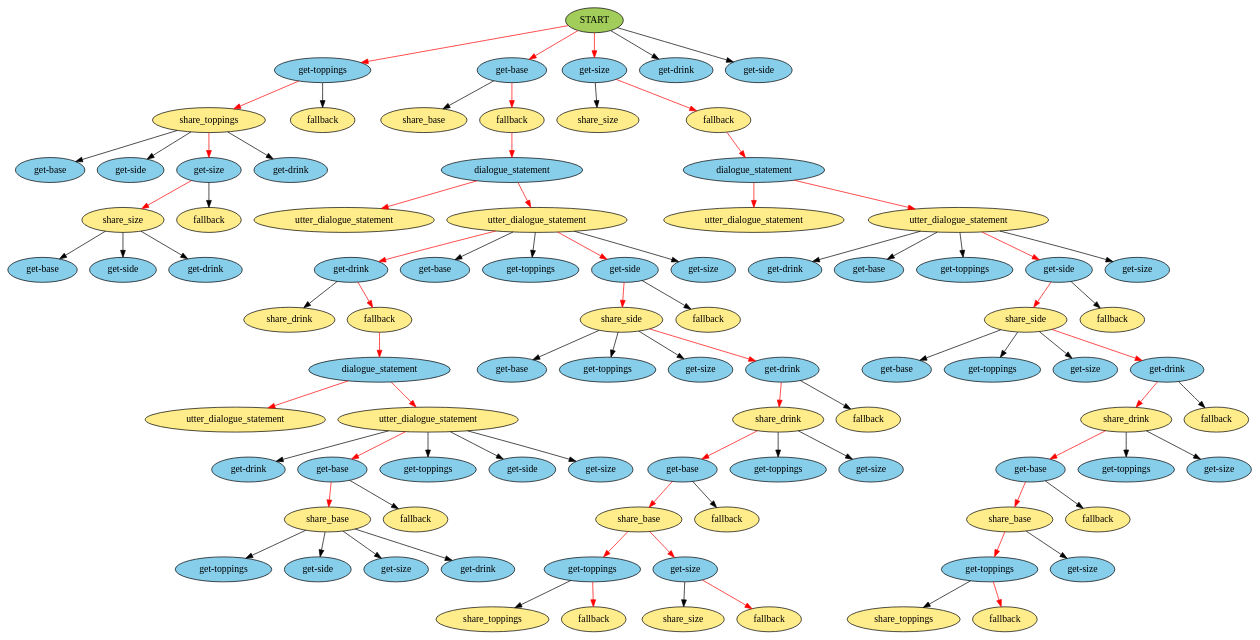
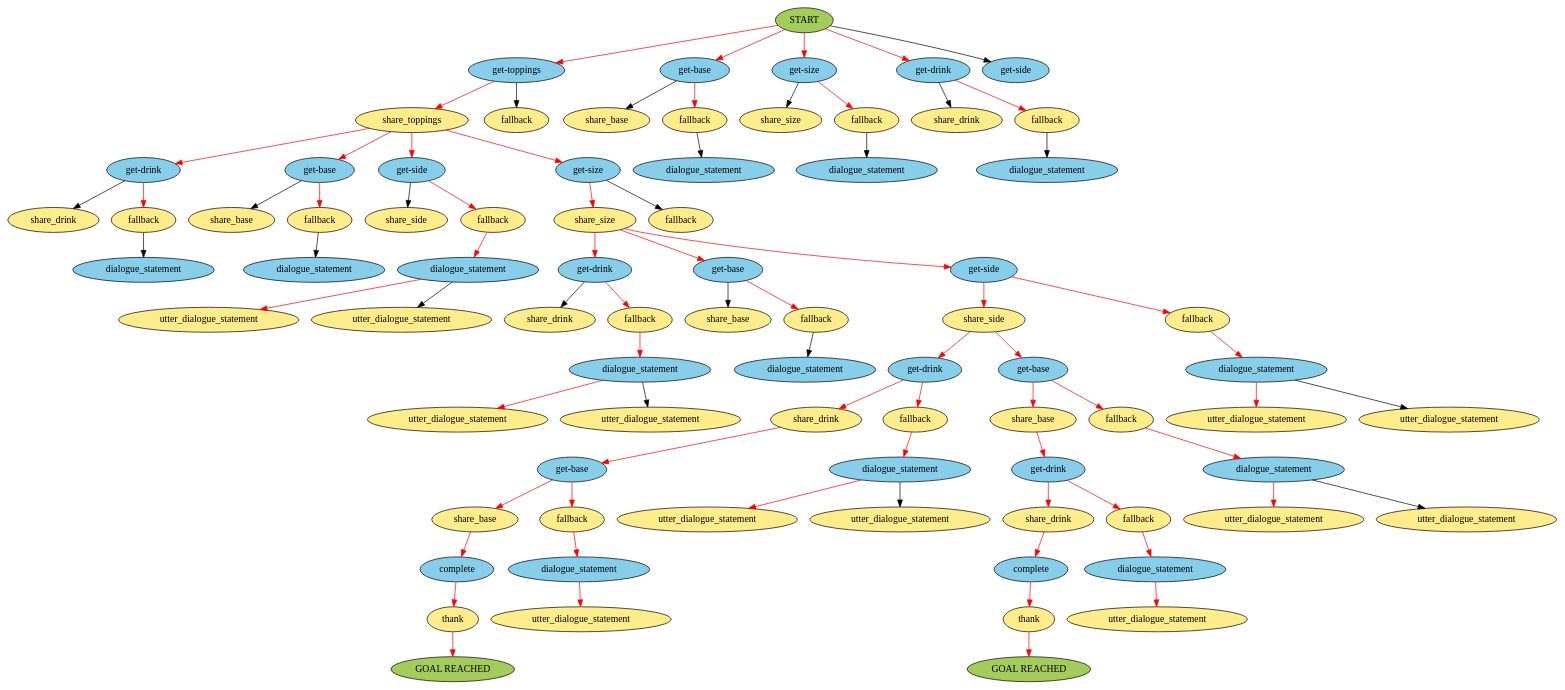
The diagram in beam_search.gv (IBM/contingent-plan-executor), drawn with Graphviz before and after one commit. The commit also changed 7 other files, not shown here.

```diff
--- a/beam_search.gv
+++ b/beam_search.gv
@@ -1,179 +1,157 @@
 digraph {
 	0 [label=START fillcolor=darkolivegreen3 style=filled]
 	1 [label="get-toppings" fillcolor=skyblue style=filled]
 	0 -> 1 [color=red]
 	2 [label="get-base" fillcolor=skyblue style=filled]
 	0 -> 2 [color=red]
 	3 [label="get-size" fillcolor=skyblue style=filled]
 	0 -> 3 [color=red]
 	4 [label="get-drink" fillcolor=skyblue style=filled]
-	0 -> 4 [color=black]
+	0 -> 4 [color=red]
 	5 [label="get-side" fillcolor=skyblue style=filled]
 	0 -> 5 [color=black]
 	6 [label=share_toppings fillcolor=lightgoldenrod1 style=filled]
 	1 -> 6 [color=red]
 	7 [label=fallback fillcolor=lightgoldenrod1 style=filled]
 	1 -> 7 [color=black]
 	8 [label=share_base fillcolor=lightgoldenrod1 style=filled]
 	2 -> 8 [color=black]
 	9 [label=fallback fillcolor=lightgoldenrod1 style=filled]
 	2 -> 9 [color=red]
 	10 [label=share_size fillcolor=lightgoldenrod1 style=filled]
 	3 -> 10 [color=black]
 	11 [label=fallback fillcolor=lightgoldenrod1 style=filled]
 	3 -> 11 [color=red]
-	12 [label="get-base" fillcolor=skyblue style=filled]
-	6 -> 12 [color=black]
-	13 [label="get-side" fillcolor=skyblue style=filled]
-	6 -> 13 [color=black]
-	14 [label="get-size" fillcolor=skyblue style=filled]
+	12 [label=share_drink fillcolor=lightgoldenrod1 style=filled]
+	4 -> 12 [color=black]
+	13 [label=fallback fillcolor=lightgoldenrod1 style=filled]
+	4 -> 13 [color=red]
+	14 [label="get-drink" fillcolor=skyblue style=filled]
 	6 -> 14 [color=red]
-	15 [label="get-drink" fillcolor=skyblue style=filled]
-	6 -> 15 [color=black]
-	16 [label=dialogue_statement fillcolor=skyblue style=filled]
-	9 -> 16 [color=red]
-	17 [label=dialogue_statement fillcolor=skyblue style=filled]
-	11 -> 17 [color=red]
-	18 [label=utter_dialogue_statement fillcolor=lightgoldenrod1 style=filled]
-	16 -> 18 [color=red]
-	19 [label=utter_dialogue_statement fillcolor=lightgoldenrod1 style=filled]
-	17 -> 19 [color=red]
-	20 [label=utter_dialogue_statement fillcolor=lightgoldenrod1 style=filled]
-	16 -> 20 [color=red]
-	21 [label=utter_dialogue_statement fillcolor=lightgoldenrod1 style=filled]
+	15 [label="get-base" fillcolor=skyblue style=filled]
+	6 -> 15 [color=red]
+	16 [label="get-side" fillcolor=skyblue style=filled]
+	6 -> 16 [color=red]
+	17 [label="get-size" fillcolor=skyblue style=filled]
+	6 -> 17 [color=red]
+	18 [label=dialogue_statement fillcolor=skyblue style=filled]
+	9 -> 18 [color=black]
+	19 [label=dialogue_statement fillcolor=skyblue style=filled]
+	11 -> 19 [color=black]
+	20 [label=dialogue_statement fillcolor=skyblue style=filled]
+	13 -> 20 [color=black]
+	21 [label=share_size fillcolor=lightgoldenrod1 style=filled]
 	17 -> 21 [color=red]
-	22 [label=share_size fillcolor=lightgoldenrod1 style=filled]
-	14 -> 22 [color=red]
-	23 [label=fallback fillcolor=lightgoldenrod1 style=filled]
-	14 -> 23 [color=black]
-	24 [label="get-drink" fillcolor=skyblue style=filled]
-	20 -> 24 [color=red]
-	25 [label="get-base" fillcolor=skyblue style=filled]
-	20 -> 25 [color=black]
-	26 [label="get-toppings" fillcolor=skyblue style=filled]
-	20 -> 26 [color=black]
-	27 [label="get-side" fillcolor=skyblue style=filled]
-	20 -> 27 [color=red]
-	28 [label="get-size" fillcolor=skyblue style=filled]
-	20 -> 28 [color=black]
+	22 [label=fallback fillcolor=lightgoldenrod1 style=filled]
+	17 -> 22 [color=black]
+	23 [label=share_side fillcolor=lightgoldenrod1 style=filled]
+	16 -> 23 [color=black]
+	24 [label=fallback fillcolor=lightgoldenrod1 style=filled]
+	16 -> 24 [color=red]
+	25 [label=share_drink fillcolor=lightgoldenrod1 style=filled]
+	14 -> 25 [color=black]
+	26 [label=fallback fillcolor=lightgoldenrod1 style=filled]
+	14 -> 26 [color=red]
+	27 [label=share_base fillcolor=lightgoldenrod1 style=filled]
+	15 -> 27 [color=black]
+	28 [label=fallback fillcolor=lightgoldenrod1 style=filled]
+	15 -> 28 [color=red]
 	29 [label="get-drink" fillcolor=skyblue style=filled]
-	21 -> 29 [color=black]
+	21 -> 29 [color=red]
 	30 [label="get-base" fillcolor=skyblue style=filled]
-	21 -> 30 [color=black]
-	31 [label="get-toppings" fillcolor=skyblue style=filled]
-	21 -> 31 [color=black]
-	32 [label="get-side" fillcolor=skyblue style=filled]
-	21 -> 32 [color=red]
-	33 [label="get-size" fillcolor=skyblue style=filled]
-	21 -> 33 [color=black]
-	34 [label="get-base" fillcolor=skyblue style=filled]
-	22 -> 34 [color=black]
-	35 [label="get-side" fillcolor=skyblue style=filled]
-	22 -> 35 [color=black]
-	36 [label="get-drink" fillcolor=skyblue style=filled]
-	22 -> 36 [color=black]
-	37 [label=share_side fillcolor=lightgoldenrod1 style=filled]
-	27 -> 37 [color=red]
-	38 [label=fallback fillcolor=lightgoldenrod1 style=filled]
-	27 -> 38 [color=black]
-	39 [label=share_side fillcolor=lightgoldenrod1 style=filled]
-	32 -> 39 [color=red]
-	40 [label=fallback fillcolor=lightgoldenrod1 style=filled]
-	32 -> 40 [color=black]
-	41 [label=share_drink fillcolor=lightgoldenrod1 style=filled]
-	24 -> 41 [color=black]
-	42 [label=fallback fillcolor=lightgoldenrod1 style=filled]
-	24 -> 42 [color=red]
-	43 [label="get-base" fillcolor=skyblue style=filled]
-	37 -> 43 [color=black]
-	44 [label="get-toppings" fillcolor=skyblue style=filled]
-	37 -> 44 [color=black]
-	45 [label="get-size" fillcolor=skyblue style=filled]
-	37 -> 45 [color=black]
-	46 [label="get-drink" fillcolor=skyblue style=filled]
+	21 -> 30 [color=red]
+	31 [label="get-side" fillcolor=skyblue style=filled]
+	21 -> 31 [color=red]
+	32 [label=dialogue_statement fillcolor=skyblue style=filled]
+	24 -> 32 [color=red]
+	33 [label=dialogue_statement fillcolor=skyblue style=filled]
+	26 -> 33 [color=black]
+	34 [label=dialogue_statement fillcolor=skyblue style=filled]
+	28 -> 34 [color=black]
+	35 [label=utter_dialogue_statement fillcolor=lightgoldenrod1 style=filled]
+	32 -> 35 [color=red]
+	36 [label=share_side fillcolor=lightgoldenrod1 style=filled]
+	31 -> 36 [color=red]
+	37 [label=fallback fillcolor=lightgoldenrod1 style=filled]
+	31 -> 37 [color=red]
+	38 [label=share_drink fillcolor=lightgoldenrod1 style=filled]
+	29 -> 38 [color=black]
+	39 [label=fallback fillcolor=lightgoldenrod1 style=filled]
+	29 -> 39 [color=red]
+	40 [label=share_base fillcolor=lightgoldenrod1 style=filled]
+	30 -> 40 [color=black]
+	41 [label=fallback fillcolor=lightgoldenrod1 style=filled]
+	30 -> 41 [color=red]
+	42 [label=utter_dialogue_statement fillcolor=lightgoldenrod1 style=filled]
+	32 -> 42 [color=black]
+	43 [label="get-drink" fillcolor=skyblue style=filled]
+	36 -> 43 [color=red]
+	44 [label="get-base" fillcolor=skyblue style=filled]
+	36 -> 44 [color=red]
+	45 [label=dialogue_statement fillcolor=skyblue style=filled]
+	39 -> 45 [color=red]
+	46 [label=dialogue_statement fillcolor=skyblue style=filled]
 	37 -> 46 [color=red]
-	47 [label="get-base" fillcolor=skyblue style=filled]
-	39 -> 47 [color=black]
-	48 [label="get-toppings" fillcolor=skyblue style=filled]
-	39 -> 48 [color=black]
-	49 [label="get-size" fillcolor=skyblue style=filled]
-	39 -> 49 [color=black]
-	50 [label="get-drink" fillcolor=skyblue style=filled]
-	39 -> 50 [color=red]
-	51 [label=dialogue_statement fillcolor=skyblue style=filled]
-	42 -> 51 [color=red]
-	52 [label=utter_dialogue_statement fillcolor=lightgoldenrod1 style=filled]
-	51 -> 52 [color=red]
-	53 [label=utter_dialogue_statement fillcolor=lightgoldenrod1 style=filled]
-	51 -> 53 [color=red]
-	54 [label=share_drink fillcolor=lightgoldenrod1 style=filled]
-	46 -> 54 [color=red]
-	55 [label=fallback fillcolor=lightgoldenrod1 style=filled]
+	47 [label=dialogue_statement fillcolor=skyblue style=filled]
+	41 -> 47 [color=black]
+	48 [label=utter_dialogue_statement fillcolor=lightgoldenrod1 style=filled]
+	45 -> 48 [color=red]
+	49 [label=utter_dialogue_statement fillcolor=lightgoldenrod1 style=filled]
+	46 -> 49 [color=red]
+	50 [label=share_drink fillcolor=lightgoldenrod1 style=filled]
+	43 -> 50 [color=red]
+	51 [label=fallback fillcolor=lightgoldenrod1 style=filled]
+	43 -> 51 [color=red]
+	52 [label=share_base fillcolor=lightgoldenrod1 style=filled]
+	44 -> 52 [color=red]
+	53 [label=fallback fillcolor=lightgoldenrod1 style=filled]
+	44 -> 53 [color=red]
+	54 [label=utter_dialogue_statement fillcolor=lightgoldenrod1 style=filled]
+	45 -> 54 [color=black]
+	55 [label=utter_dialogue_statement fillcolor=lightgoldenrod1 style=filled]
 	46 -> 55 [color=black]
-	56 [label=share_drink fillcolor=lightgoldenrod1 style=filled]
+	56 [label="get-base" fillcolor=skyblue style=filled]
 	50 -> 56 [color=red]
-	57 [label=fallback fillcolor=lightgoldenrod1 style=filled]
-	50 -> 57 [color=black]
-	58 [label="get-drink" fillcolor=skyblue style=filled]
-	53 -> 58 [color=black]
-	59 [label="get-base" fillcolor=skyblue style=filled]
-	53 -> 59 [color=red]
-	60 [label="get-toppings" fillcolor=skyblue style=filled]
-	53 -> 60 [color=black]
-	61 [label="get-side" fillcolor=skyblue style=filled]
-	53 -> 61 [color=black]
-	62 [label="get-size" fillcolor=skyblue style=filled]
-	53 -> 62 [color=black]
-	63 [label="get-base" fillcolor=skyblue style=filled]
-	54 -> 63 [color=red]
-	64 [label="get-toppings" fillcolor=skyblue style=filled]
-	54 -> 64 [color=black]
-	65 [label="get-size" fillcolor=skyblue style=filled]
-	54 -> 65 [color=black]
-	66 [label="get-base" fillcolor=skyblue style=filled]
-	56 -> 66 [color=red]
-	67 [label="get-toppings" fillcolor=skyblue style=filled]
-	56 -> 67 [color=black]
-	68 [label="get-size" fillcolor=skyblue style=filled]
-	56 -> 68 [color=black]
-	69 [label=share_base fillcolor=lightgoldenrod1 style=filled]
-	59 -> 69 [color=red]
-	70 [label=fallback fillcolor=lightgoldenrod1 style=filled]
-	59 -> 70 [color=black]
-	71 [label=share_base fillcolor=lightgoldenrod1 style=filled]
-	63 -> 71 [color=red]
-	72 [label=fallback fillcolor=lightgoldenrod1 style=filled]
-	63 -> 72 [color=black]
-	73 [label=share_base fillcolor=lightgoldenrod1 style=filled]
-	66 -> 73 [color=red]
-	74 [label=fallback fillcolor=lightgoldenrod1 style=filled]
-	66 -> 74 [color=black]
-	75 [label="get-toppings" fillcolor=skyblue style=filled]
-	69 -> 75 [color=black]
-	76 [label="get-side" fillcolor=skyblue style=filled]
-	69 -> 76 [color=black]
-	77 [label="get-size" fillcolor=skyblue style=filled]
-	69 -> 77 [color=black]
-	78 [label="get-drink" fillcolor=skyblue style=filled]
-	69 -> 78 [color=black]
-	79 [label="get-toppings" fillcolor=skyblue style=filled]
-	71 -> 79 [color=red]
-	80 [label="get-size" fillcolor=skyblue style=filled]
-	71 -> 80 [color=red]
-	81 [label="get-toppings" fillcolor=skyblue style=filled]
-	73 -> 81 [color=red]
-	82 [label="get-size" fillcolor=skyblue style=filled]
-	73 -> 82 [color=black]
-	83 [label=share_toppings fillcolor=lightgoldenrod1 style=filled]
-	79 -> 83 [color=black]
-	84 [label=fallback fillcolor=lightgoldenrod1 style=filled]
-	79 -> 84 [color=red]
-	85 [label=share_size fillcolor=lightgoldenrod1 style=filled]
-	80 -> 85 [color=black]
-	86 [label=fallback fillcolor=lightgoldenrod1 style=filled]
-	80 -> 86 [color=red]
-	87 [label=share_toppings fillcolor=lightgoldenrod1 style=filled]
-	81 -> 87 [color=black]
-	88 [label=fallback fillcolor=lightgoldenrod1 style=filled]
-	81 -> 88 [color=red]
+	57 [label=dialogue_statement fillcolor=skyblue style=filled]
+	53 -> 57 [color=red]
+	58 [label=dialogue_statement fillcolor=skyblue style=filled]
+	51 -> 58 [color=red]
+	59 [label="get-drink" fillcolor=skyblue style=filled]
+	52 -> 59 [color=red]
+	60 [label=utter_dialogue_statement fillcolor=lightgoldenrod1 style=filled]
+	57 -> 60 [color=red]
+	61 [label=utter_dialogue_statement fillcolor=lightgoldenrod1 style=filled]
+	58 -> 61 [color=red]
+	62 [label=share_base fillcolor=lightgoldenrod1 style=filled]
+	56 -> 62 [color=red]
+	63 [label=fallback fillcolor=lightgoldenrod1 style=filled]
+	56 -> 63 [color=red]
+	64 [label=share_drink fillcolor=lightgoldenrod1 style=filled]
+	59 -> 64 [color=red]
+	65 [label=fallback fillcolor=lightgoldenrod1 style=filled]
+	59 -> 65 [color=red]
+	66 [label=utter_dialogue_statement fillcolor=lightgoldenrod1 style=filled]
+	57 -> 66 [color=black]
+	67 [label=utter_dialogue_statement fillcolor=lightgoldenrod1 style=filled]
+	58 -> 67 [color=black]
+	68 [label=complete fillcolor=skyblue style=filled]
+	62 -> 68 [color=red]
+	69 [label=dialogue_statement fillcolor=skyblue style=filled]
+	63 -> 69 [color=red]
+	70 [label=dialogue_statement fillcolor=skyblue style=filled]
+	65 -> 70 [color=red]
+	71 [label=complete fillcolor=skyblue style=filled]
+	64 -> 71 [color=red]
+	72 [label=thank fillcolor=lightgoldenrod1 style=filled]
+	68 -> 72 [color=red]
+	73 [label=thank fillcolor=lightgoldenrod1 style=filled]
+	71 -> 73 [color=red]
+	74 [label=utter_dialogue_statement fillcolor=lightgoldenrod1 style=filled]
+	69 -> 74 [color=red]
+	75 [label=utter_dialogue_statement fillcolor=lightgoldenrod1 style=filled]
+	70 -> 75 [color=red]
+	76 [label="GOAL REACHED" fillcolor=darkolivegreen3 style=filled]
+	72 -> 76 [color=red]
+	77 [label="GOAL REACHED" fillcolor=darkolivegreen3 style=filled]
+	73 -> 77 [color=red]
 }
```
